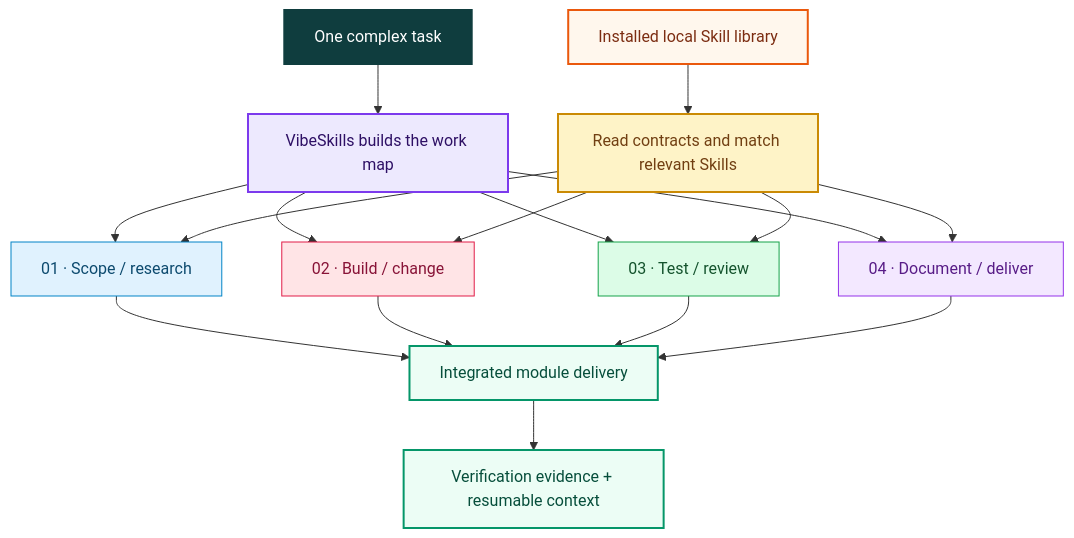
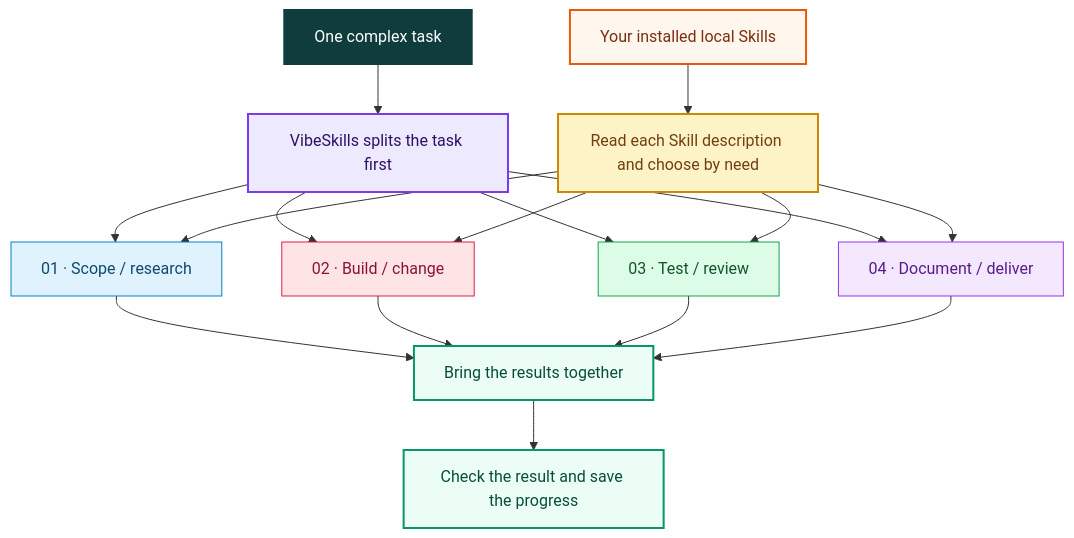
The diagram in README.md (hallfay0/Vibe-Skills), drawn with Mermaid before and after one commit. The commit also changed other lines of this file and 8 other files, not shown here.

````diff
--- a/README.md
+++ b/README.md
@@ -74,40 +61,40 @@
 ```mermaid
 flowchart TB
-    task["One complex task"] --> map["VibeSkills builds the work map"]
+    task["One complex task"] --> map["VibeSkills splits the task first"]
     map --> m1["01 · Scope / research"]
     map --> m2["02 · Build / change"]
     map --> m3["03 · Test / review"]
     map --> m4["04 · Document / deliver"]
 
-    pool["Installed local Skill library"] --> match["Read contracts and match relevant Skills"]
+    pool["Your installed local Skills"] --> match["Read each Skill description and choose by need"]
     match --> m1
     match --> m2
     match --> m3
     match --> m4
 
-    m1 --> integrate["Integrated module delivery"]
+    m1 --> integrate["Bring the results together"]
     m2 --> integrate
     m3 --> integrate
     m4 --> integrate
-    integrate --> proof["Verification evidence + resumable context"]
+    integrate --> proof["Check the result and save the progress"]
 
     classDef task fill:#0F3D3E,stroke:#0F3D3E,color:#FFFFFF,stroke-width:2px
     classDef map fill:#EDE9FE,stroke:#7C3AED,color:#2E1065,stroke-width:2px
     classDef pool fill:#FFF7ED,stroke:#EA580C,color:#7C2D12,stroke-width:2px
     classDef match fill:#FEF3C7,stroke:#CA8A04,color:#713F12,stroke-width:2px
     classDef blue fill:#E0F2FE,stroke:#0284C7,color:#0C4A6E
     classDef coral fill:#FFE4E6,stroke:#E11D48,color:#881337
     classDef green fill:#DCFCE7,stroke:#16A34A,color:#14532D
     classDef violet fill:#F3E8FF,stroke:#9333EA,color:#581C87
     classDef finish fill:#ECFDF5,stroke:#059669,color:#064E3B,stroke-width:2px
 
     class task task
     class map map
     class pool pool
     class match match
     class m1 blue
     class m2 coral
     class m3 green
     class m4 violet
     class integrate,proof finish
 ```
````
